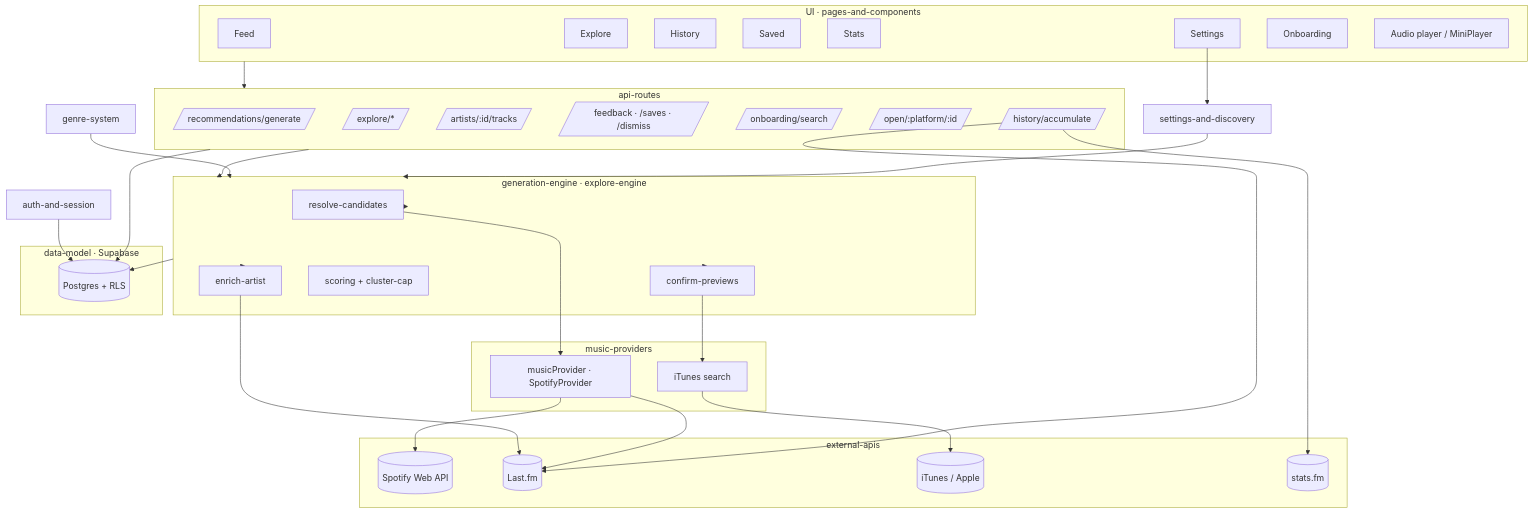
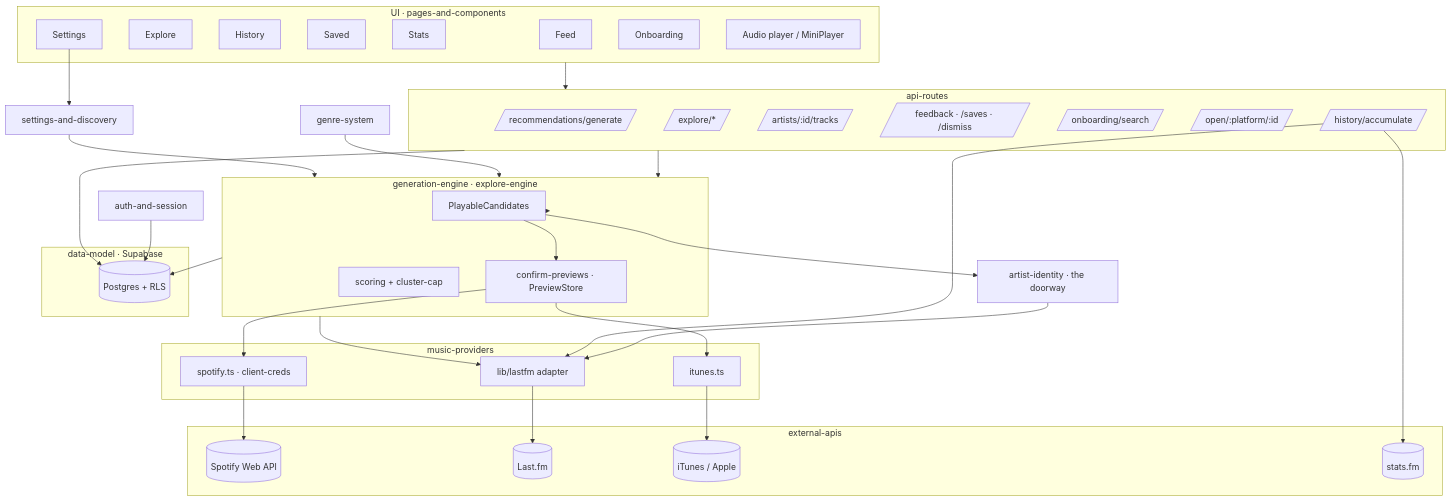
Before and after one commit to TenNineteenOne/flipside: the diagram in docs/wiki/index.md, drawn with Mermaid. The commit also changed other lines of this file and 7 other files, not shown here.

Commit message:
#175 E5: wiki matches code (lastfm adapter, Spotify client-creds adapter, module layering + map, removed modules)

````diff
--- a/docs/wiki/index.md
+++ b/docs/wiki/index.md
@@ -34,62 +34,65 @@
 ```mermaid
 graph TD
   subgraph Client[UI · pages-and-components]
     FEED[Feed]
     EXP[Explore]
     HIST[History]
     SAVED[Saved]
     STATS[Stats]
     SET[Settings]
     ONB[Onboarding]
     PLAYER[Audio player / MiniPlayer]
   end
 
   subgraph API[api-routes]
     R_GEN[/recommendations/generate/]
     R_EXP[/explore/*/]
     R_TRK[/artists/:id/tracks/]
     R_FB[/feedback · /saves · /dismiss/]
     R_SRCH[/onboarding/search/]
     R_OPEN[/open/:platform/:id/]
     R_HIST[/history/accumulate/]
   end
 
   subgraph Engine[generation-engine · explore-engine]
-    RESOLVE[resolve-candidates]
-    CONFIRM[confirm-previews]
+    PC[PlayableCandidates]
+    CONFIRM[confirm-previews · PreviewStore]
     SCORE[scoring + cluster-cap]
-    ENRICH[enrich-artist]
   end
 
+  DOOR[artist-identity · the doorway]
+
   subgraph Providers[music-providers]
-    MP[musicProvider · SpotifyProvider]
-    ITUNES[iTunes search]
+    LFMA[lib/lastfm adapter]
+    SPA[spotify.ts · client-creds]
+    ITUNES[itunes.ts]
   end
 
   subgraph Ext[external-apis]
     SPOT[(Spotify Web API)]
     LFM[(Last.fm)]
     APPLE[(iTunes / Apple)]
     SFM[(stats.fm)]
   end
 
   subgraph Data[data-model · Supabase]
     DB[(Postgres + RLS)]
   end
 
   Client --> API
   API --> Engine
-  Engine --> RESOLVE --> MP
-  Engine --> CONFIRM --> ITUNES
-  Engine --> ENRICH --> LFM
-  MP --> SPOT
-  MP --> LFM
+  Engine --> PC --> DOOR --> LFMA
+  Engine --> LFMA
+  PC --> CONFIRM --> ITUNES
+  CONFIRM --> SPA
+  LFMA --> LFM
+  SPA --> SPOT
   ITUNES --> APPLE
   R_HIST --> SFM
-  R_HIST --> LFM
+  R_HIST --> LFMA
   Engine --> DB
   API --> DB
   AUTH[auth-and-session] --> DB
   GENRE[genre-system] --> Engine
   SET --> SETTINGS[settings-and-discovery] --> Engine
 ```
````
